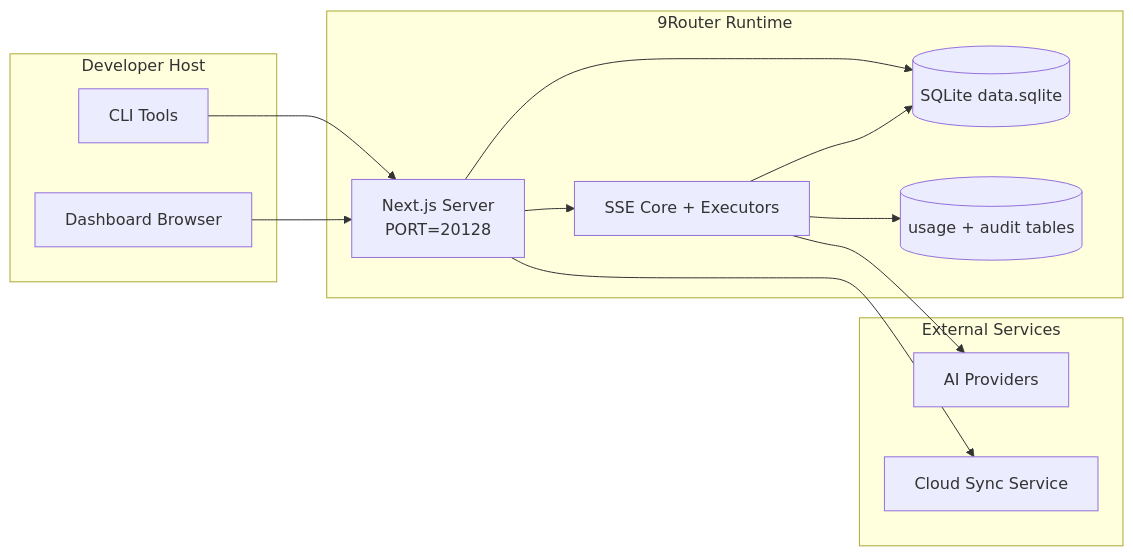
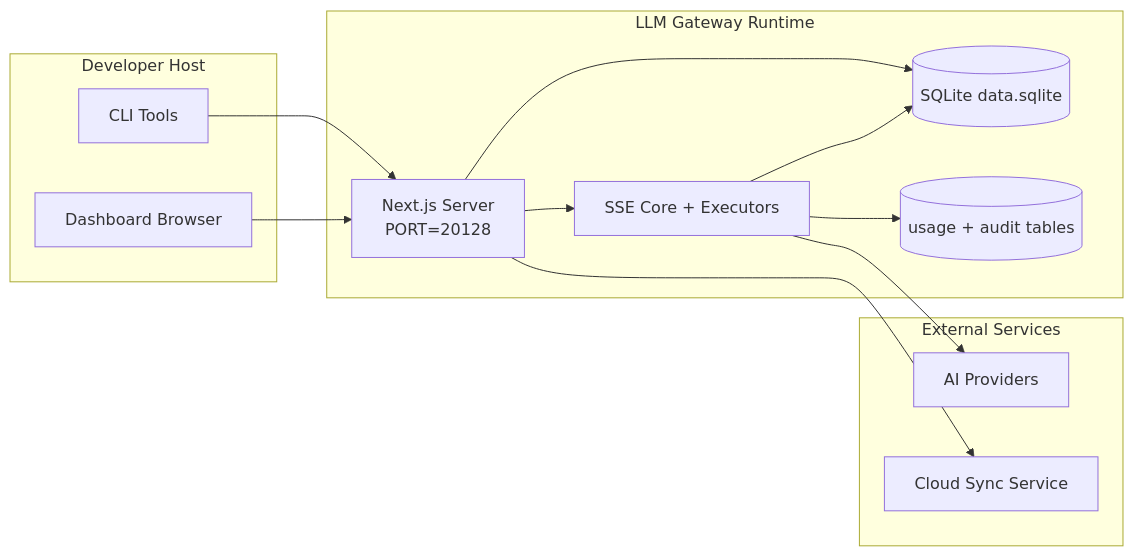
The seventh of 7 diagrams in docs/ARCHITECTURE.md (finhay/llm-gateway), drawn with Mermaid before and after one commit. The commit also changed other lines of this file and 256 other files, not shown here.

First line of the commit message:
feat: rebrand from 9Router to LLM Gateway

````diff
--- a/docs/ARCHITECTURE.md
+++ b/docs/ARCHITECTURE.md
@@ -439,28 +439,28 @@
 ```mermaid
 flowchart LR
     subgraph LocalHost[Developer Host]
         CLI[CLI Tools]
         Browser[Dashboard Browser]
     end
 
-    subgraph ContainerOrProcess[9Router Runtime]
+    subgraph ContainerOrProcess[LLM Gateway Runtime]
         Next[Next.js Server\nPORT=20128]
         Core[SSE Core + Executors]
         MainDB[(SQLite data.sqlite)]
         UsageDB[(usage + audit tables)]
     end
 
     subgraph External[External Services]
         Providers[AI Providers]
         SyncCloud[Cloud Sync Service]
     end
 
     CLI --> Next
     Browser --> Next
     Next --> Core
     Next --> MainDB
     Core --> MainDB
     Core --> UsageDB
     Core --> Providers
     Next --> SyncCloud
 ```
````
